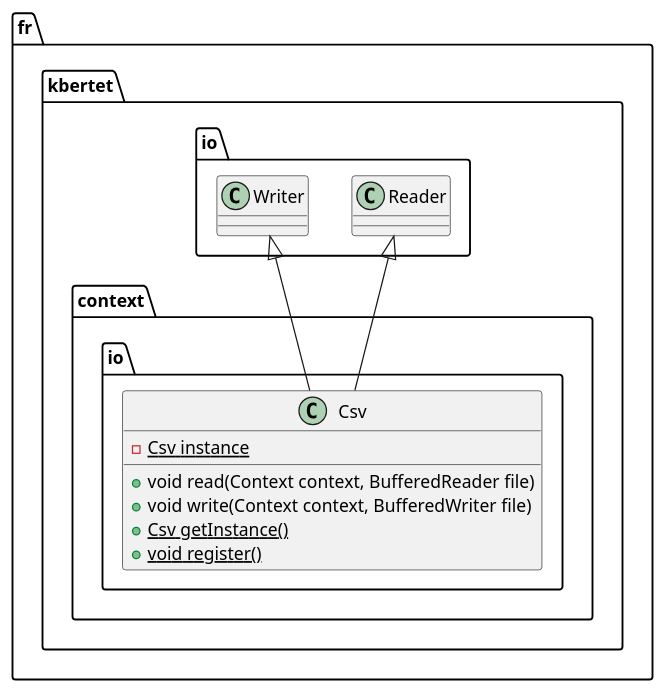
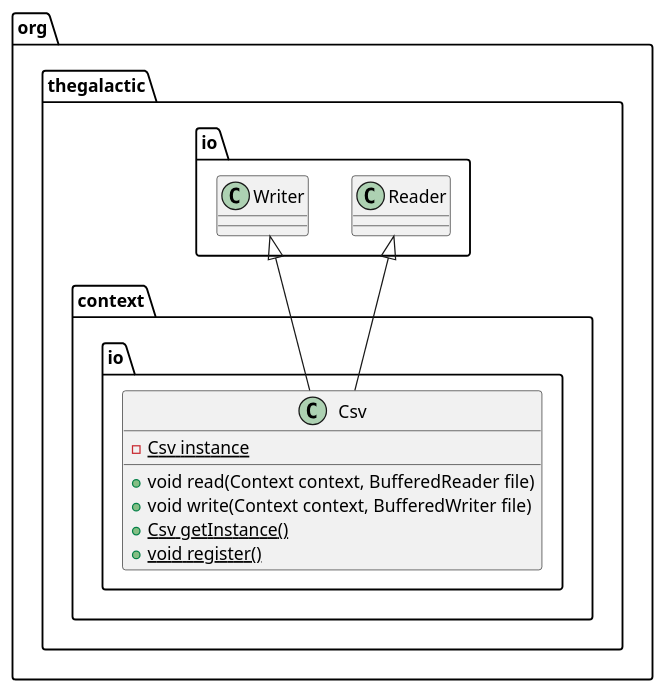
The diagram in src/main/javadoc/resources/org/thegalactic/context/io/Csv.iuml (thegalactic/java-lattices), drawn with PlantUML before and after one commit. The commit also changed 40 other files, not shown here.

Commit message:
Using org.thegalactic namespace

```diff
--- a/src/main/javadoc/resources/org/thegalactic/context/io/Csv.iuml
+++ b/src/main/javadoc/resources/org/thegalactic/context/io/Csv.iuml
@@ -1,12 +1,12 @@
-package fr.kbertet.context.io {
+package org.thegalactic.context.io {
     class Csv {
     	-{static}Csv instance
         +void read(Context context, BufferedReader file)
         +void write(Context context, BufferedWriter file)
         +{static}Csv getInstance()
         +{static}void register()
     }
 
-    fr.kbertet.io.Reader <|-- Csv
-    fr.kbertet.io.Writer <|-- Csv
+    org.thegalactic.io.Reader <|-- Csv
+    org.thegalactic.io.Writer <|-- Csv
 }
```
